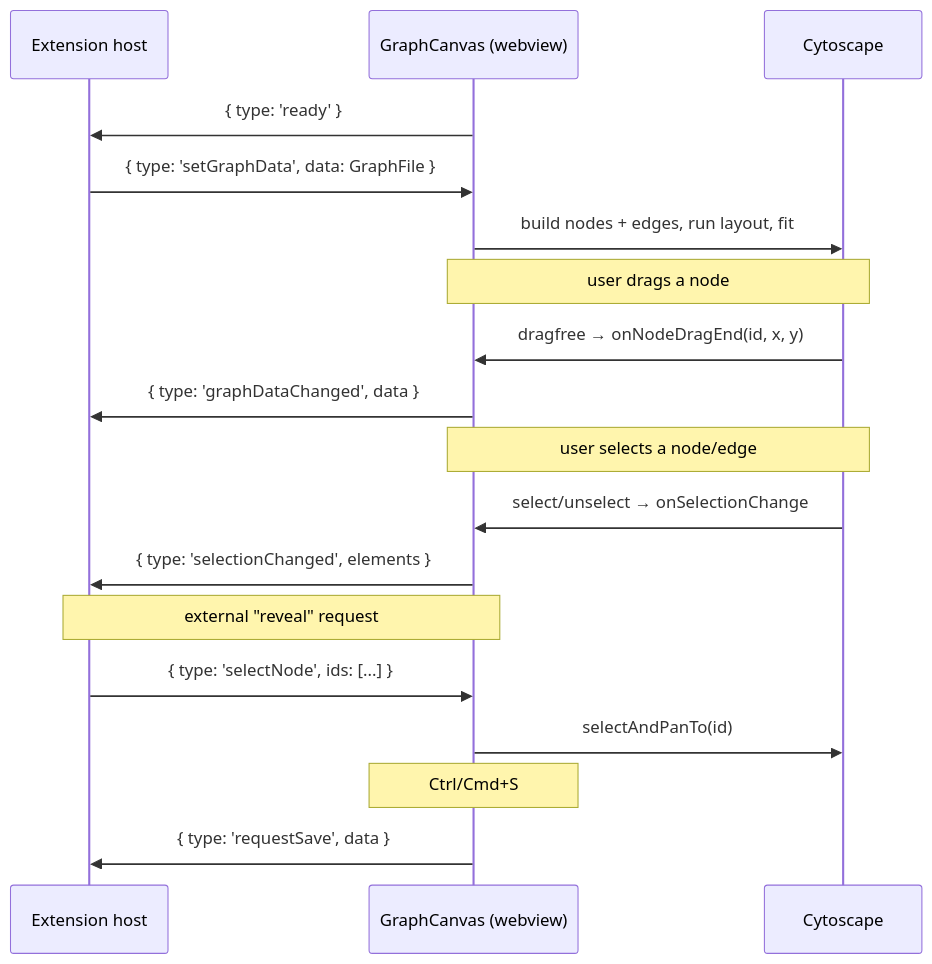
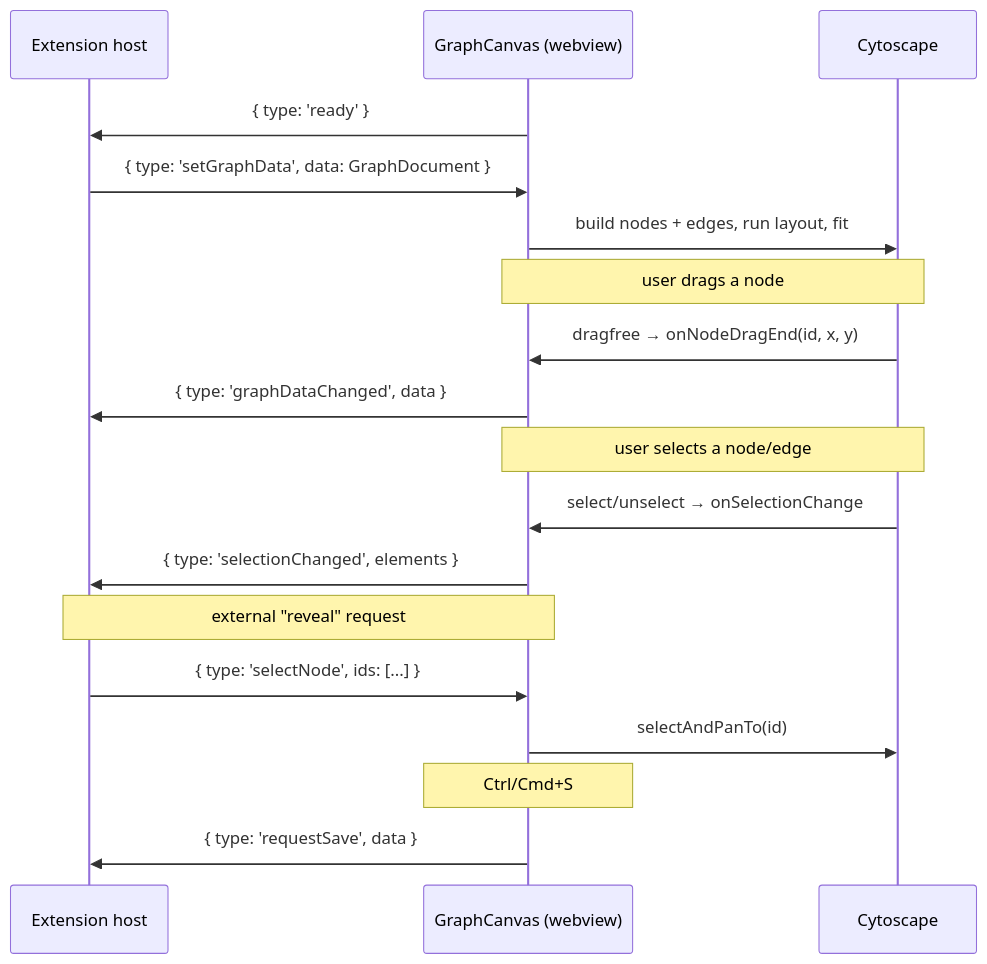
Before and after one commit to cassandragargoyle/react-components: the second of 4 diagrams in src/GraphCanvas/README.md, drawn with Mermaid. The commit also changed other lines of this file and 34 other files, not shown here.

First line of the commit message:
feat: adopt GraphCanvas, WorkflowCanvas, GraphLens3D and CodeEditor (0.3.0)

````diff
--- a/src/GraphCanvas/README.md
+++ b/src/GraphCanvas/README.md
@@ -81,25 +99,25 @@
 ```mermaid
 sequenceDiagram
     participant Ext as Extension host
     participant WV as GraphCanvas (webview)
     participant CY as Cytoscape
 
     WV->>Ext: { type: 'ready' }
-    Ext->>WV: { type: 'setGraphData', data: GraphFile }
+    Ext->>WV: { type: 'setGraphData', data: GraphDocument }
     WV->>CY: build nodes + edges, run layout, fit
 
     Note over WV,CY: user drags a node
     CY->>WV: dragfree → onNodeDragEnd(id, x, y)
     WV->>Ext: { type: 'graphDataChanged', data }
 
     Note over WV,CY: user selects a node/edge
     CY->>WV: select/unselect → onSelectionChange
     WV->>Ext: { type: 'selectionChanged', elements }
 
     Note over Ext,WV: external "reveal" request
     Ext->>WV: { type: 'selectNode', ids: [...] }
     WV->>CY: selectAndPanTo(id)
 
     Note over WV: Ctrl/Cmd+S
     WV->>Ext: { type: 'requestSave', data }
 ```
````
